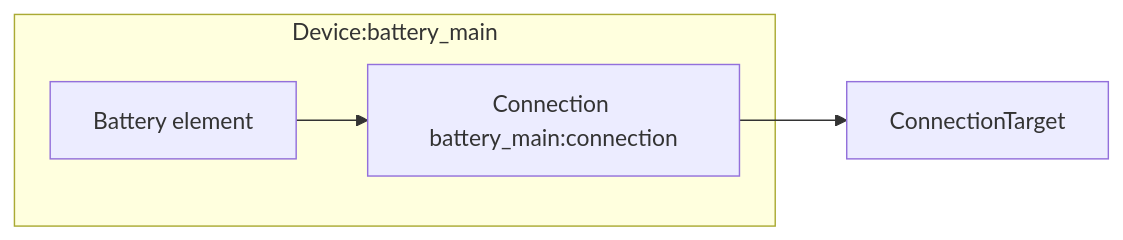
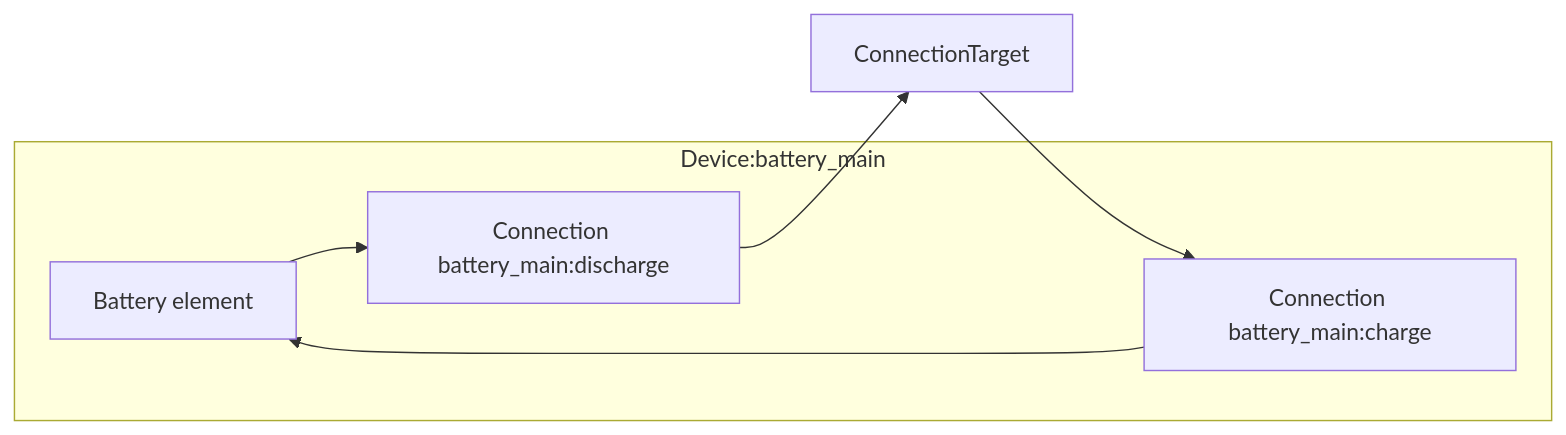
One commit to hass-energy/haeo changed the diagram in docs/modeling/device-layer/battery.md. Above: the diagram before and after it, drawn with Mermaid. The commit also changed other lines of this file and 51 other files, not shown here.

````diff
--- a/docs/modeling/device-layer/battery.md
+++ b/docs/modeling/device-layer/battery.md
@@ -8,10 +8,13 @@
 ```mermaid
 graph LR
     subgraph deviceBattery["Device:battery_main"]
         Battery["Battery element"]
-        Conn["Connection battery_main:connection"]
+        Discharge["Connection battery_main:discharge"]
+        Charge["Connection battery_main:charge"]
     end
     Target[ConnectionTarget]
-    Battery --> Conn
-    Conn --> Target
+    Battery --> Discharge
+    Discharge --> Target
+    Target --> Charge
+    Charge --> Battery
 ```
````
